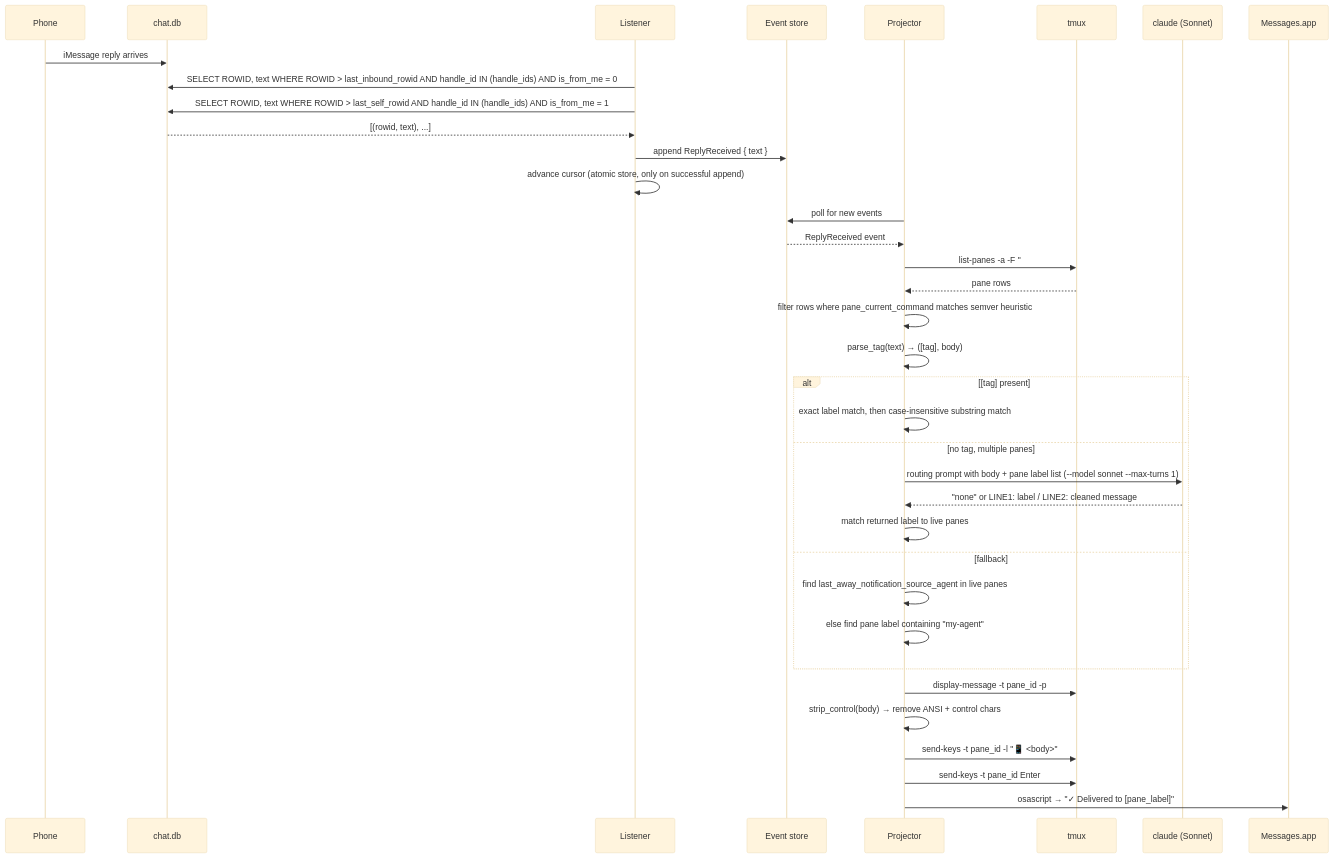
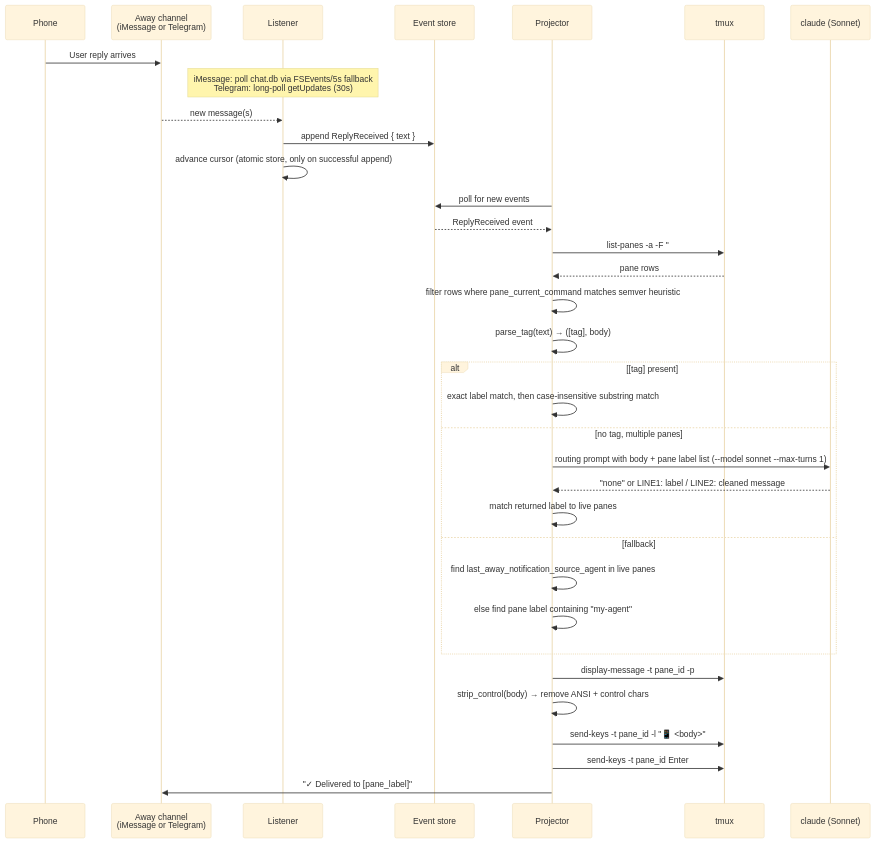
One commit to kahgeh/harold changed the diagram in docs/references/reply-routing/README.md. Above: the diagram before and after it, drawn with Mermaid (base theme). The commit also changed other lines of this file and 6 other files, not shown here.

````diff
--- a/docs/references/reply-routing/README.md
+++ b/docs/references/reply-routing/README.md
@@ -93,44 +97,42 @@
 ```mermaid
 sequenceDiagram
     participant Phone
-    participant ChatDb as chat.db
+    participant Channel as Away channel<br/>(iMessage or Telegram)
     participant Listener
     participant Store as Event store
     participant Projector
     participant Tmux as tmux
     participant AiCli as claude (Sonnet)
-    participant Messages as Messages.app
 
-    Phone->>ChatDb: iMessage reply arrives
-    Listener->>ChatDb: SELECT ROWID, text WHERE ROWID > last_inbound_rowid AND handle_id IN (handle_ids) AND is_from_me = 0
-    Listener->>ChatDb: SELECT ROWID, text WHERE ROWID > last_self_rowid AND handle_id IN (handle_ids) AND is_from_me = 1
-    ChatDb-->>Listener: [(rowid, text), ...]
+    Phone->>Channel: User reply arrives
+    note over Listener: iMessage: poll chat.db via FSEvents/5s fallback<br/>Telegram: long-poll getUpdates (30s)
+    Channel-->>Listener: new message(s)
     Listener->>Store: append ReplyReceived { text }
     Listener->>Listener: advance cursor (atomic store, only on successful append)
 
     Projector->>Store: poll for new events
     Store-->>Projector: ReplyReceived event
 
     Projector->>Tmux: list-panes -a -F "#{pane_id}|#{session_name}:#{window_index}.#{pane_index}|#{pane_current_command}"
     Tmux-->>Projector: pane rows
     Projector->>Projector: filter rows where pane_current_command matches semver heuristic
 
     Projector->>Projector: parse_tag(text) → ([tag], body)
 
     alt [tag] present
         Projector->>Projector: exact label match, then case-insensitive substring match
     else no tag, multiple panes
         Projector->>AiCli: routing prompt with body + pane label list (--model sonnet --max-turns 1)
         AiCli-->>Projector: "none" or LINE1: label / LINE2: cleaned message
         Projector->>Projector: match returned label to live panes
     else fallback
         Projector->>Projector: find last_away_notification_source_agent in live panes
         Projector->>Projector: else find pane label containing "my-agent"
     end
 
     Projector->>Tmux: display-message -t pane_id -p #{pane_current_command} → liveness check
     Projector->>Projector: strip_control(body) → remove ANSI + control chars
     Projector->>Tmux: send-keys -t pane_id -l "📱 <body>"
     Projector->>Tmux: send-keys -t pane_id Enter
-    Projector->>Messages: osascript → "✓ Delivered to [pane_label]"
+    Projector->>Channel: "✓ Delivered to [pane_label]"
 ```
````
